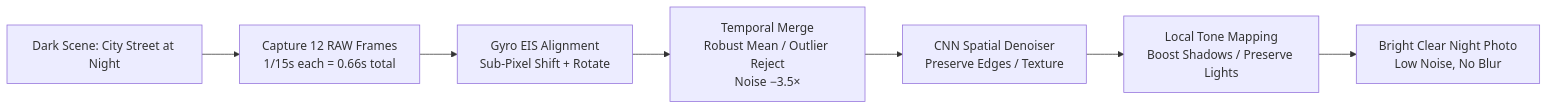
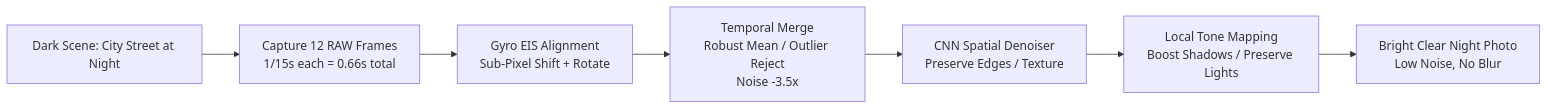
Before and after one commit to zoozooll/AndroidCameraParameters: the third of 7 diagrams in website/docs/camera2/what-can-modern-smartphone-cameras-do.md, drawn with Mermaid. The commit also changed other lines of this file and 378 other files, not shown here.

````diff
--- a/website/docs/camera2/what-can-modern-smartphone-cameras-do.md
+++ b/website/docs/camera2/what-can-modern-smartphone-cameras-do.md
@@ -100,9 +100,9 @@
 ```mermaid
 flowchart LR
-    A[Dark Scene: City Street at Night] --> B[Capture 12 RAW Frames\n1/15s each = 0.66s total]
-    B --> C[Gyro EIS Alignment\nSub-Pixel Shift + Rotate]
-    C --> D[Temporal Merge\nRobust Mean / Outlier Reject\nNoise −3.5×]
-    D --> E[CNN Spatial Denoiser\nPreserve Edges / Texture]
-    E --> F[Local Tone Mapping\nBoost Shadows / Preserve Lights]
-    F --> G[Bright Clear Night Photo\nLow Noise, No Blur]
+    A["Dark Scene: City Street at Night"] --> B["Capture 12 RAW Frames<br/>1/15s each = 0.66s total"]
+    B --> C["Gyro EIS Alignment<br/>Sub-Pixel Shift + Rotate"]
+    C --> D["Temporal Merge<br/>Robust Mean / Outlier Reject<br/>Noise -3.5x"]
+    D --> E["CNN Spatial Denoiser<br/>Preserve Edges / Texture"]
+    E --> F["Local Tone Mapping<br/>Boost Shadows / Preserve Lights"]
+    F --> G["Bright Clear Night Photo<br/>Low Noise, No Blur"]
 ```
````
